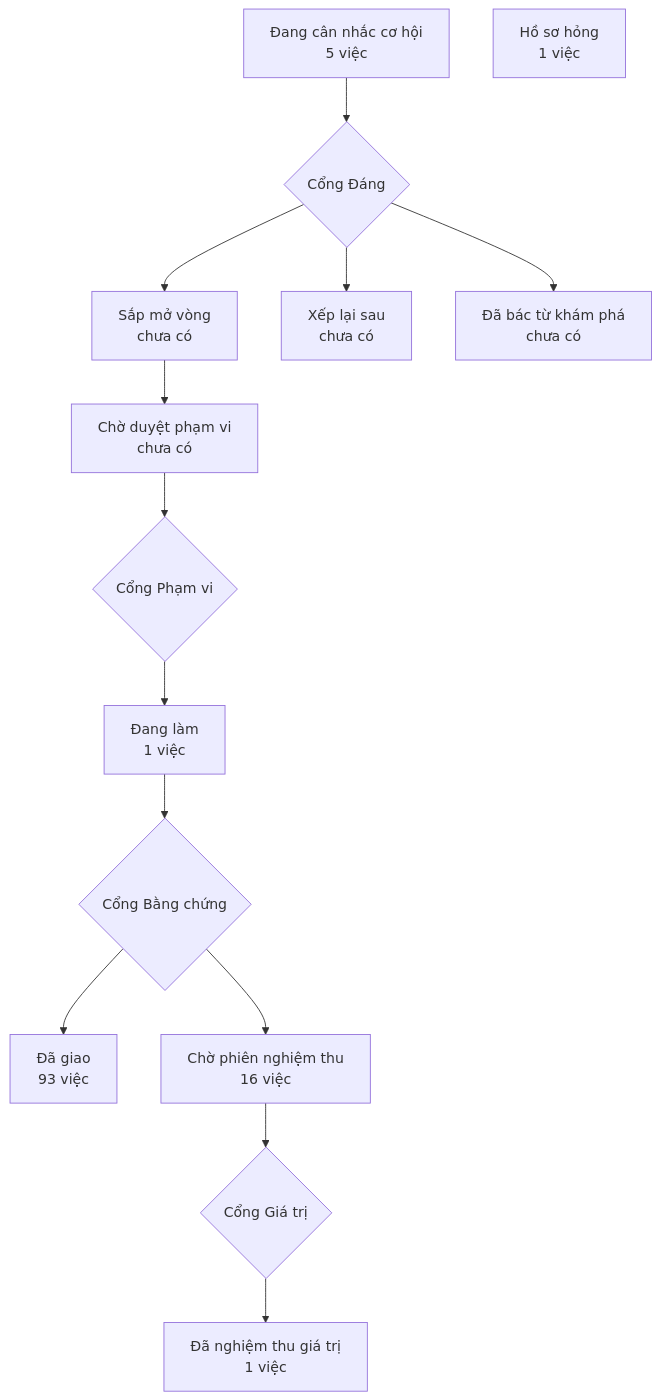
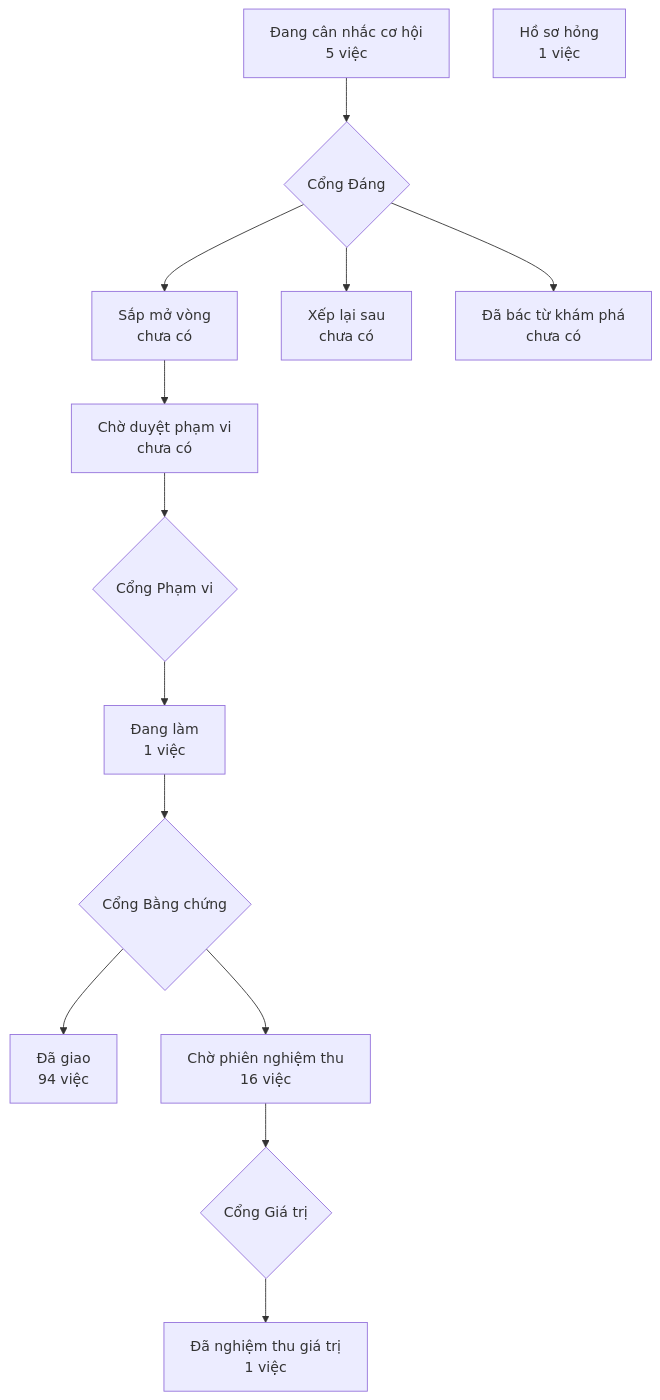
Before and after one commit to phanlemanh/crm-onehub: the diagram in PRODUCT-MAP.md, drawn with Mermaid. The commit also changed other lines of this file and 3 other files, not shown here.

````diff
--- a/PRODUCT-MAP.md
+++ b/PRODUCT-MAP.md
@@ -6,13 +6,13 @@
 ```mermaid
 flowchart TD
   A["Đang cân nhắc cơ hội<br/>5 việc"] --> GD{"Cổng Đáng"}
   GD --> B["Sắp mở vòng<br/>chưa có"]
   GD --> XL["Xếp lại sau<br/>chưa có"]
   GD --> DB["Đã bác từ khám phá<br/>chưa có"]
   B --> CD["Chờ duyệt phạm vi<br/>chưa có"] --> GP{"Cổng Phạm vi"}
   GP --> DL["Đang làm<br/>1 việc"] --> GB{"Cổng Bằng chứng"}
-  GB --> DG["Đã giao<br/>93 việc"]
+  GB --> DG["Đã giao<br/>94 việc"]
   GB --> CN["Chờ phiên nghiệm thu<br/>16 việc"] --> GG{"Cổng Giá trị"}
   GG --> NT["Đã nghiệm thu giá trị<br/>1 việc"]
   HS["Hồ sơ hỏng<br/>1 việc"]
 ```
````
